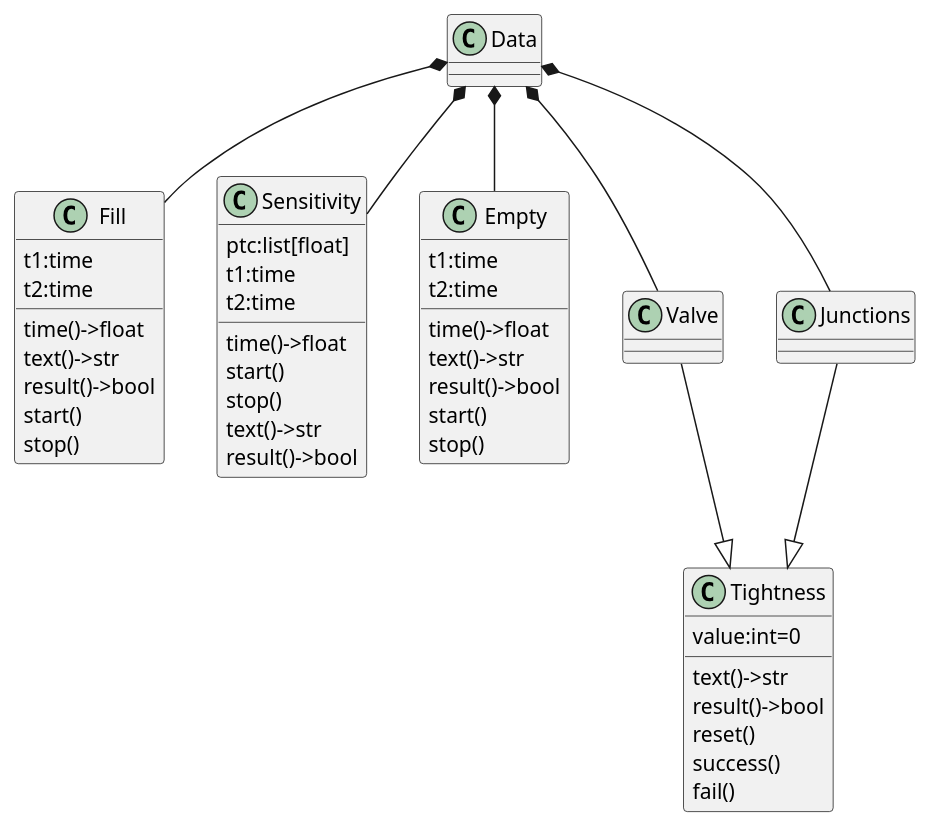
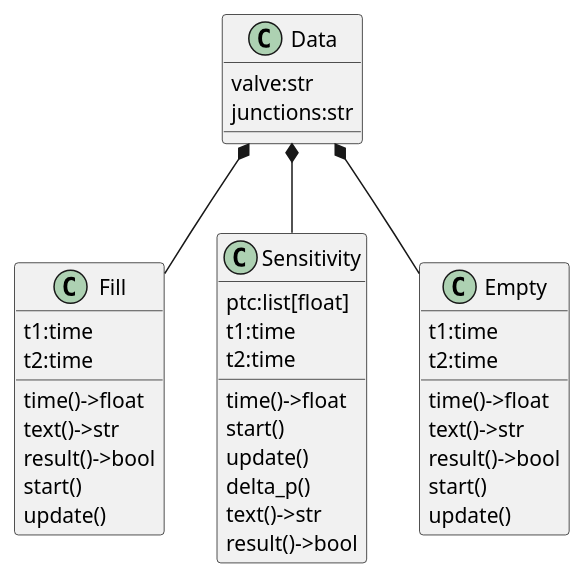
The diagram in uml/rd042/data.puml (Alser69rus/A3135), drawn with PlantUML before and after one commit. The commit also changed 3 other files, not shown here.

```diff
--- a/uml/rd042/data.puml
+++ b/uml/rd042/data.puml
@@ -1,52 +1,46 @@
 @startuml
 
-class Data
+class Data{
+valve:str
+junctions:str
+}
+
 Data*--Fill
 Data*--Sensitivity
 Data*--Empty
-Data*--Valve
-Data*--Junctions
 
 class Fill{
     t1:time
     t2:time
     time()->float
     text()->str
     result()->bool
     start()
-    stop()
+    update()
 
 }
 class Sensitivity{
     ptc:list[float]
     t1:time
     t2:time
     time()->float
     start()
-    stop()
+    update()
+    delta_p()
     text()->str
     result()->bool
 }
 
 class Empty{
     t1:time
     t2:time
     time()->float
     text()->str
     result()->bool
     start()
-    stop()
+    update()
 }
-class Tightness{
-    value:int=0
-    text()->str
-    result()->bool
-    reset()
-    success()
-    fail()
-}
-Valve--|>Tightness
-Junctions--|>Tightness
+
 
 
 @enduml
```
